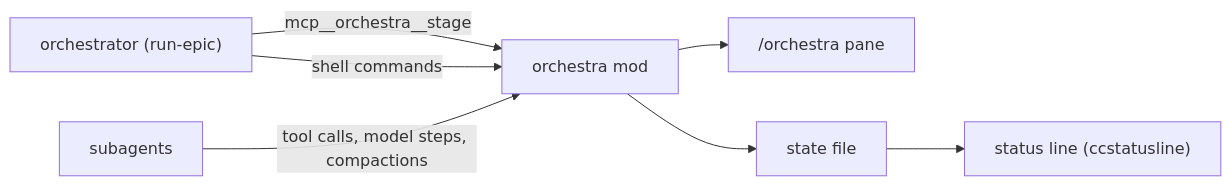
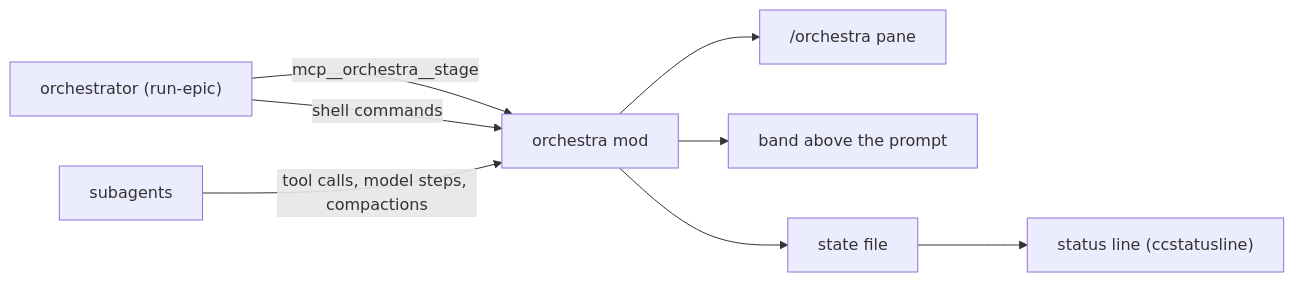
The diagram in docs/reference/orchestra.md (Xavier-Cliquennois/claude-ticket-flow), drawn with Mermaid before and after one commit. The commit also changed other lines of this file and 11 other files, not shown here.

````diff
--- a/docs/reference/orchestra.md
+++ b/docs/reference/orchestra.md
@@ -72,9 +97,10 @@
 ```mermaid
 flowchart LR
   O["orchestrator (run-epic)"] -->|"mcp__orchestra__stage"| M["orchestra mod"]
   O -->|"shell commands"| M
   S["subagents"] -->|"tool calls, model steps, compactions"| M
   M --> P["/orchestra pane"]
+  M --> B["band above the prompt"]
   M --> F["state file"]
   F --> L["status line (ccstatusline)"]
 ```
````
